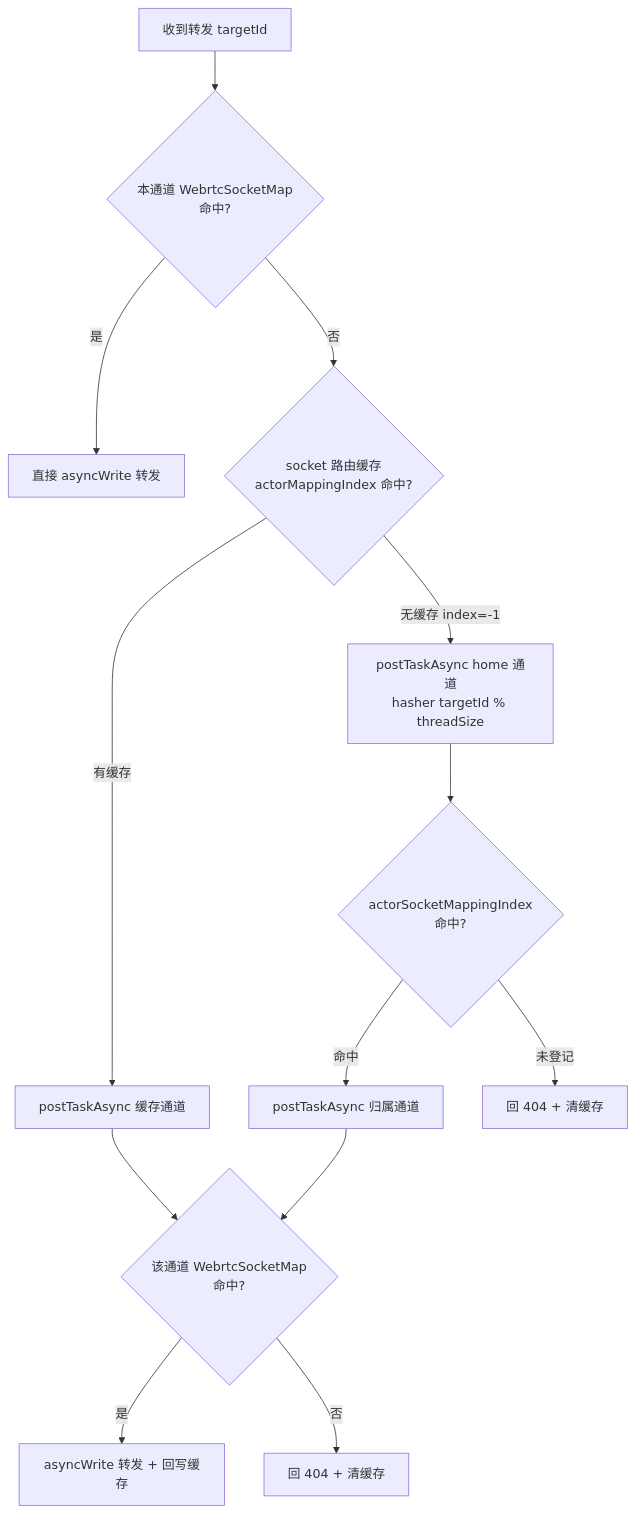
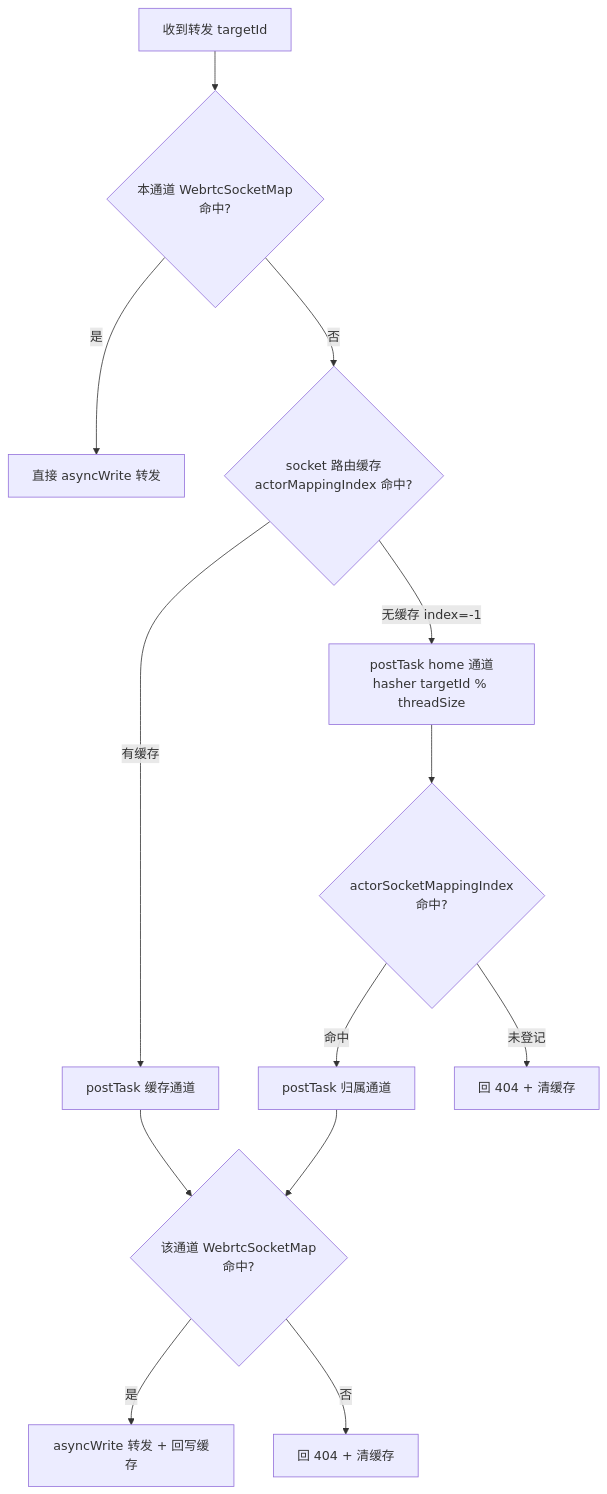
One commit to HopeTiga/HopeDesk changed the third of 5 diagrams in WebrtcSignalServer.md. Above: the diagram before and after it, drawn with Mermaid. The commit also changed other lines of this file, not shown here.

````diff
--- a/WebrtcSignalServer.md
+++ b/WebrtcSignalServer.md
@@ -256,15 +257,15 @@
 ```mermaid
 flowchart TD
   A["收到转发 targetId"] --> B{"本通道 WebrtcSocketMap<br/>命中?"}
   B -- 是 --> R1["直接 asyncWrite 转发"]
   B -- 否 --> C{"socket 路由缓存<br/>actorMappingIndex 命中?"}
-  C -- "有缓存" --> D["postTaskAsync 缓存通道"]
-  C -- "无缓存 index=-1" --> E["postTaskAsync home 通道<br/>hasher targetId % threadSize"]
+  C -- "有缓存" --> D["postTask 缓存通道"]
+  C -- "无缓存 index=-1" --> E["postTask home 通道<br/>hasher targetId % threadSize"]
   D --> F{"该通道 WebrtcSocketMap<br/>命中?"}
   E --> G{"actorSocketMappingIndex<br/>命中?"}
-  G -- "命中" --> H["postTaskAsync 归属通道"]
+  G -- "命中" --> H["postTask 归属通道"]
   G -- "未登记" --> X1["回 404 + 清缓存"]
   H --> F
   F -- "是" --> R2["asyncWrite 转发 + 回写缓存"]
   F -- "否" --> X2["回 404 + 清缓存"]
 ```
````
